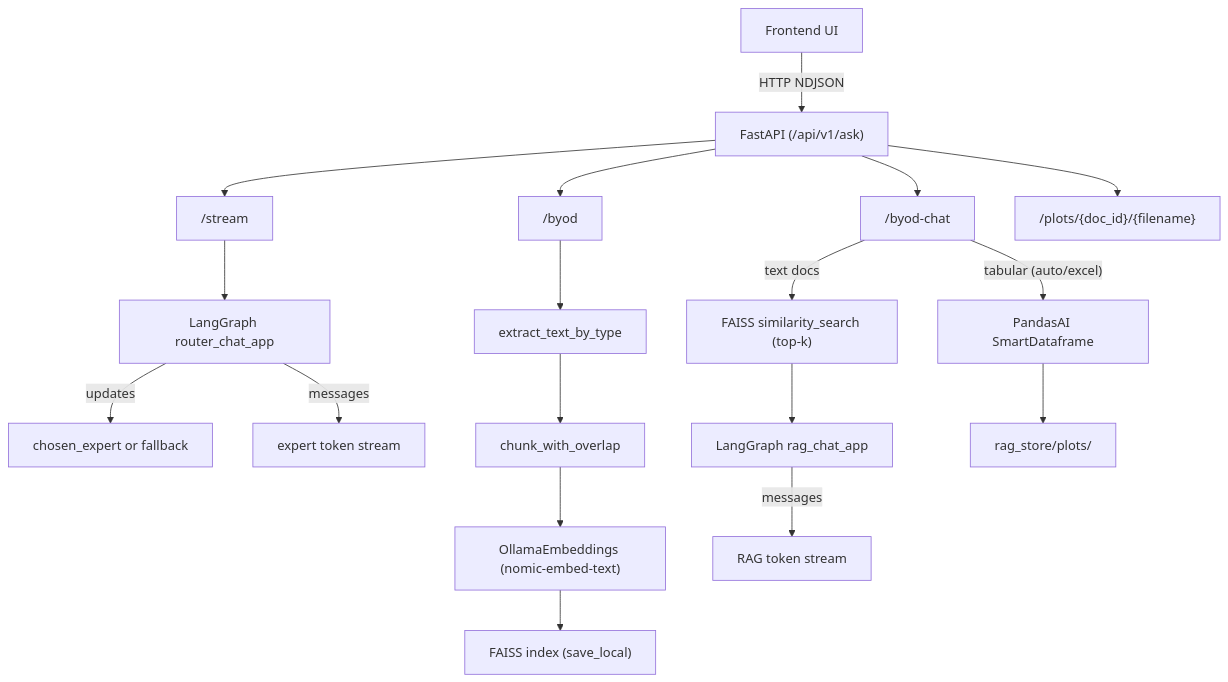
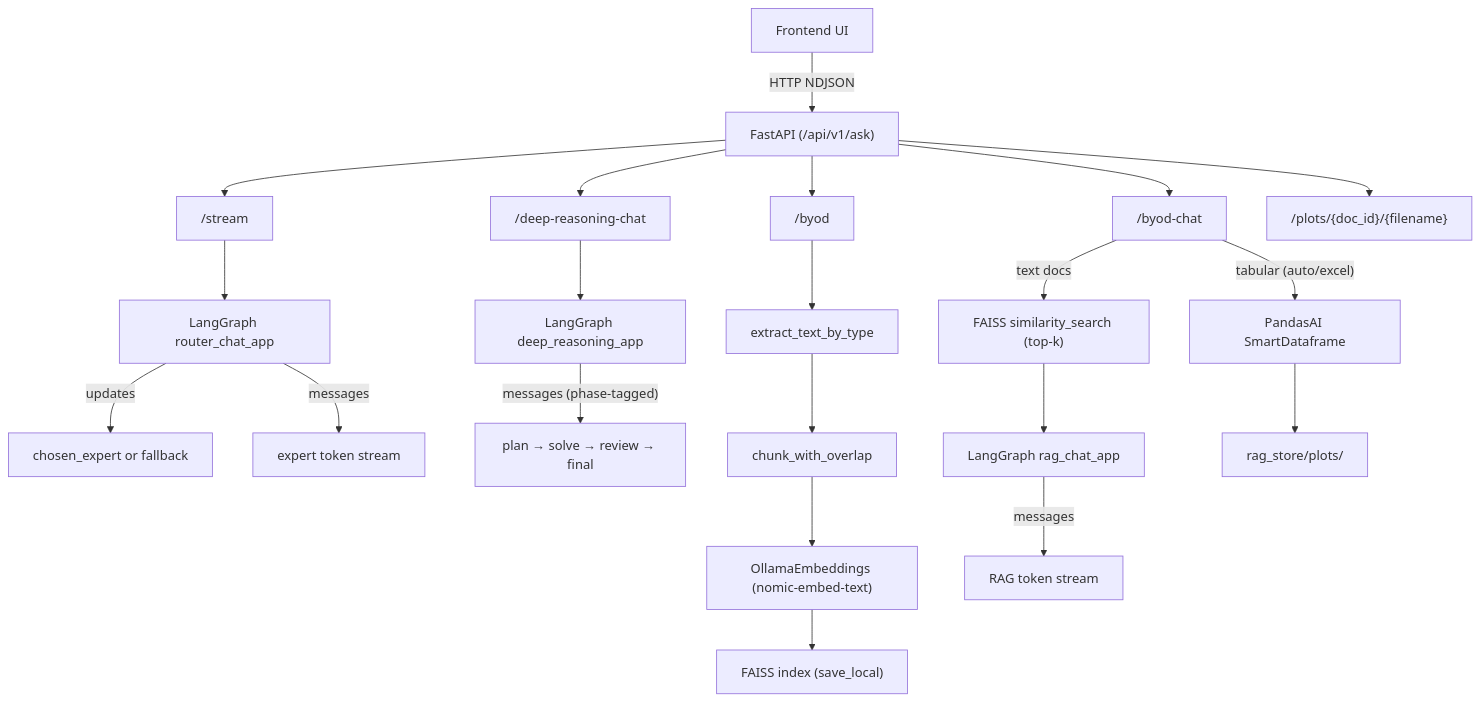
The diagram in MEDIUM_ARTICLE.md (aneshr/council_of_experts), drawn with Mermaid before and after one commit. The commit also changed other lines of this file, not shown here.

First line of the commit message:
Docs: add deep reasoning section to Medium article

````diff
--- a/MEDIUM_ARTICLE.md
+++ b/MEDIUM_ARTICLE.md
@@ -43,20 +43,23 @@
 ```mermaid
 flowchart TD
   Frontend["Frontend UI"] -->|"HTTP NDJSON"| API["FastAPI (/api/v1/ask)"]
   API --> StreamEndpoint["/stream"]
   StreamEndpoint --> RouterGraph["LangGraph router_chat_app"]
   RouterGraph -->|"updates"| Updates["chosen_expert or fallback"]
   RouterGraph -->|"messages"| ExpertTokens["expert token stream"]
+  API --> DeepReasoningEndpoint["/deep-reasoning-chat"]
+  DeepReasoningEndpoint --> DeepReasoningGraph["LangGraph deep_reasoning_app"]
+  DeepReasoningGraph -->|"messages (phase-tagged)"| DeepTokens["plan → solve → review → final"]
   API --> ByodEndpoint["/byod"]
   ByodEndpoint --> Extract["extract_text_by_type"]
   Extract --> Chunk["chunk_with_overlap"]
   Chunk --> Embed["OllamaEmbeddings (nomic-embed-text)"]
   Embed --> Faiss["FAISS index (save_local)"]
   API --> ByodChatEndpoint["/byod-chat"]
   ByodChatEndpoint -->|"text docs"| Retrieve["FAISS similarity_search (top-k)"]
   Retrieve --> RagGraph["LangGraph rag_chat_app"]
   RagGraph -->|"messages"| RagTokens["RAG token stream"]
   ByodChatEndpoint -->|"tabular (auto/excel)"| PandasAI["PandasAI SmartDataframe"]
   PandasAI --> Plots["rag_store/plots/<doc_id>"]
   API --> PlotServe["/plots/{doc_id}/{filename}"]
 ```
````
